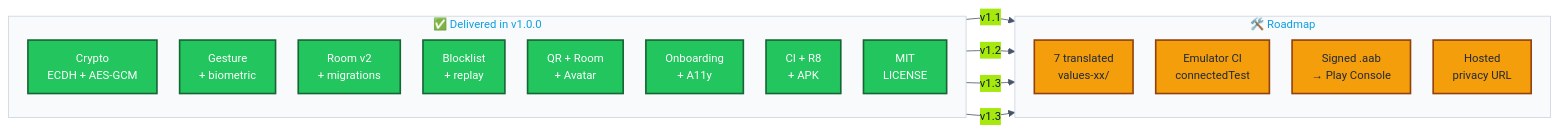
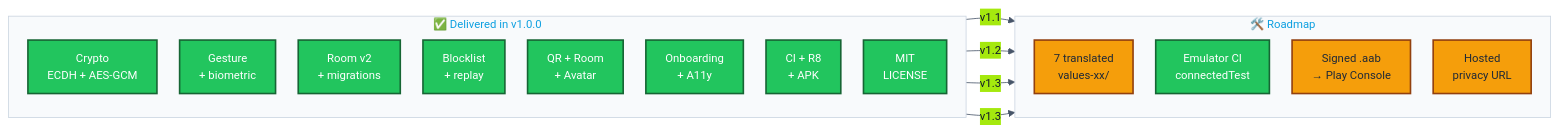
The diagram in docs/AUDIT.md (showerideas/Aura), drawn with Mermaid before and after one commit. The commit also changed other lines of this file and 3 other files, not shown here.

````diff
--- a/docs/AUDIT.md
+++ b/docs/AUDIT.md
@@ -68,38 +68,38 @@
 ```mermaid
 %%{init: {'theme':'base','themeVariables':{
   'fontFamily':'ui-monospace, SFMono-Regular, Menlo, Monaco, monospace',
   'fontSize':'14px',
   'primaryColor':'#0EA5E9',
   'primaryTextColor':'#0F172A',
   'primaryBorderColor':'#075985',
   'lineColor':'#475569',
   'clusterBkg':'#F8FAFC',
   'clusterBorder':'#CBD5E1'
 },'flowchart':{'curve':'basis','nodeSpacing':28,'rankSpacing':34,'padding':12}}}%%
 flowchart LR
     subgraph DONE["✅&nbsp;Delivered&nbsp;in&nbsp;v1.0.0"]
         direction TB
         d1["Crypto<br/>ECDH&nbsp;+&nbsp;AES-GCM"]:::ok
         d2["Gesture<br/>+&nbsp;biometric"]:::ok
         d3["Room&nbsp;v2<br/>+&nbsp;migrations"]:::ok
         d4["Blocklist<br/>+&nbsp;replay"]:::ok
         d5["QR&nbsp;+&nbsp;Room<br/>+&nbsp;Avatar"]:::ok
         d6["Onboarding<br/>+&nbsp;A11y"]:::ok
         d7["CI&nbsp;+&nbsp;R8<br/>+&nbsp;APK"]:::ok
         d8["MIT<br/>LICENSE"]:::ok
     end
     subgraph TODO["🛠️&nbsp;Roadmap"]
         direction TB
         g1["7&nbsp;translated<br/>values-xx/"]:::warn
-        g2["Emulator&nbsp;CI<br/>connectedTest"]:::warn
+        g2["Emulator&nbsp;CI<br/>connectedTest"]:::ok
         g3["Signed&nbsp;.aab<br/>→&nbsp;Play&nbsp;Console"]:::warn
         g4["Hosted<br/>privacy&nbsp;URL"]:::warn
     end
     DONE -->|"v1.1"| g1
     DONE -->|"v1.2"| g2
     DONE -->|"v1.3"| g3
     DONE -->|"v1.3"| g4
 
     classDef ok fill:#22C55E,color:#FFFFFF,stroke:#166534,stroke-width:2px
     classDef warn fill:#F59E0B,color:#1F2937,stroke:#92400E,stroke-width:2px
 ```
````
